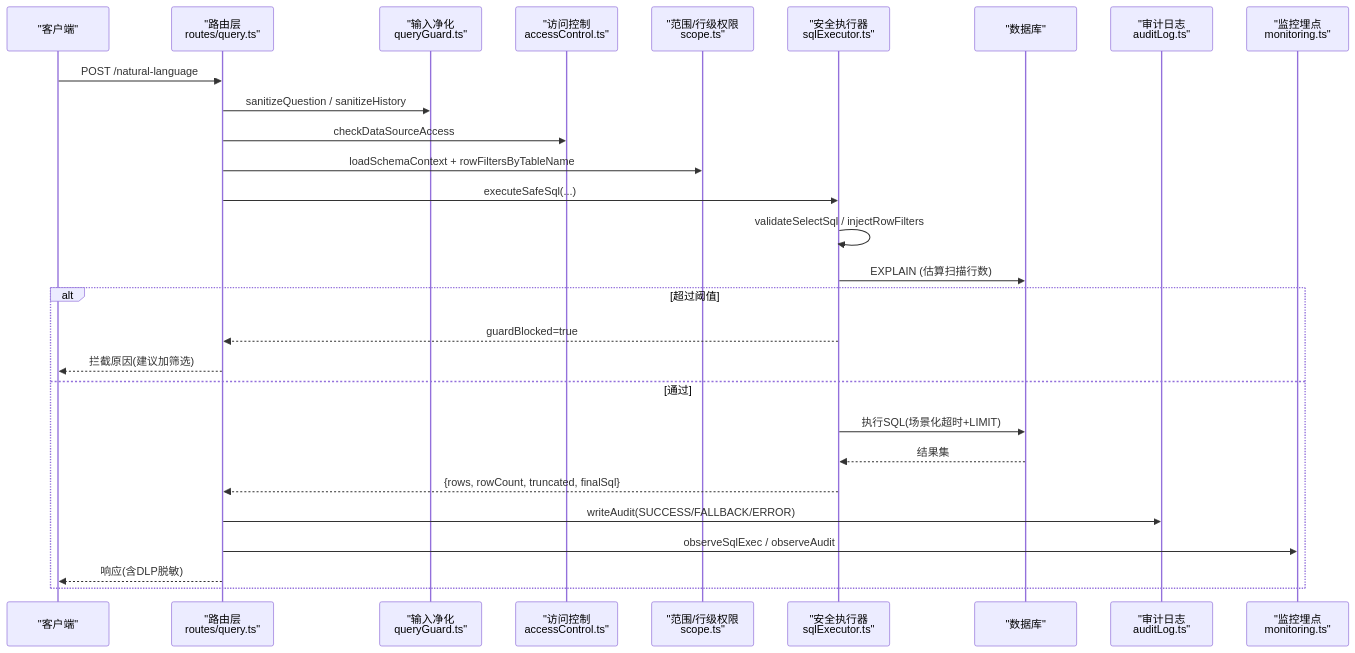
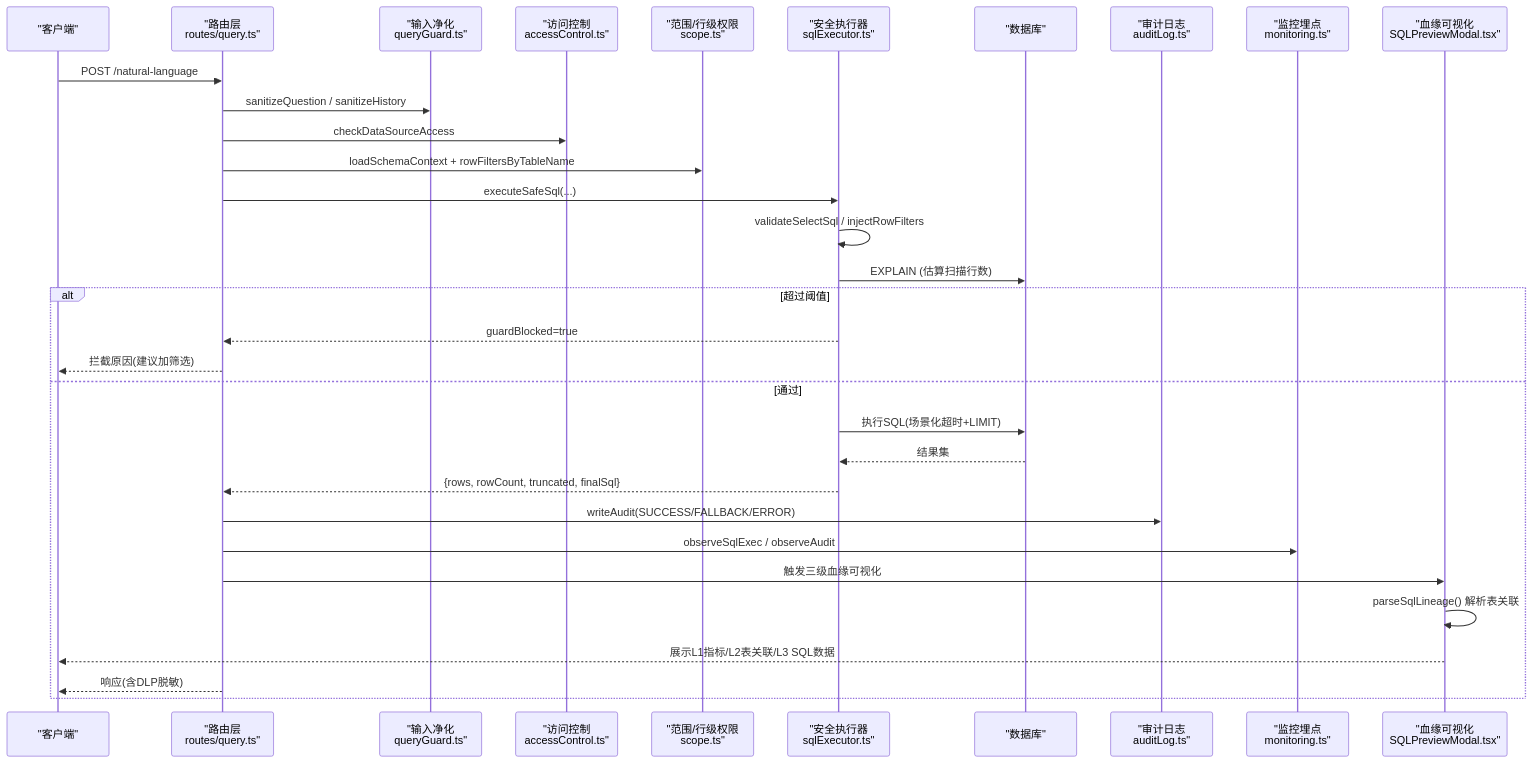
One commit to dgjin/smart-data-analytics changed the second of 6 diagrams in .qoder/repowiki/zh/content/系统架构/核心组件详解/查询处理引擎/SQL执行器与安全控制.md. Above: the diagram before and after it, drawn with Mermaid. The commit also changed other lines of this file and 82 other files, not shown here.

````diff
--- a/.qoder/repowiki/zh/content/系统架构/核心组件详解/查询处理引擎/SQL执行器与安全控制.md
+++ b/.qoder/repowiki/zh/content/系统架构/核心组件详解/查询处理引擎/SQL执行器与安全控制.md
@@ -88,30 +112,34 @@
 ```mermaid
 sequenceDiagram
 participant C as "客户端"
 participant R as "路由层<br/>routes/query.ts"
 participant G as "输入净化<br/>queryGuard.ts"
 participant A as "访问控制<br/>accessControl.ts"
 participant S as "范围/行级权限<br/>scope.ts"
 participant E as "安全执行器<br/>sqlExecutor.ts"
 participant D as "数据库"
 participant AU as "审计日志<br/>auditLog.ts"
 participant M as "监控埋点<br/>monitoring.ts"
+participant L as "血缘可视化<br/>SQLPreviewModal.tsx"
 C->>R : POST /natural-language
 R->>G : sanitizeQuestion / sanitizeHistory
 R->>A : checkDataSourceAccess
 R->>S : loadSchemaContext + rowFiltersByTableName
 R->>E : executeSafeSql(...)
 E->>E : validateSelectSql / injectRowFilters
 E->>D : EXPLAIN (估算扫描行数)
 alt 超过阈值
 E-->>R : guardBlocked=true
 R-->>C : 拦截原因(建议加筛选)
 else 通过
 E->>D : 执行SQL(场景化超时+LIMIT)
 D-->>E : 结果集
 E-->>R : {rows, rowCount, truncated, finalSql}
 R->>AU : writeAudit(SUCCESS/FALLBACK/ERROR)
 R->>M : observeSqlExec / observeAudit
+R->>L : 触发三级血缘可视化
+L->>L : parseSqlLineage() 解析表关联
+L-->>C : 展示L1指标/L2表关联/L3 SQL数据
 R-->>C : 响应(含DLP脱敏)
 end
 ```
````
